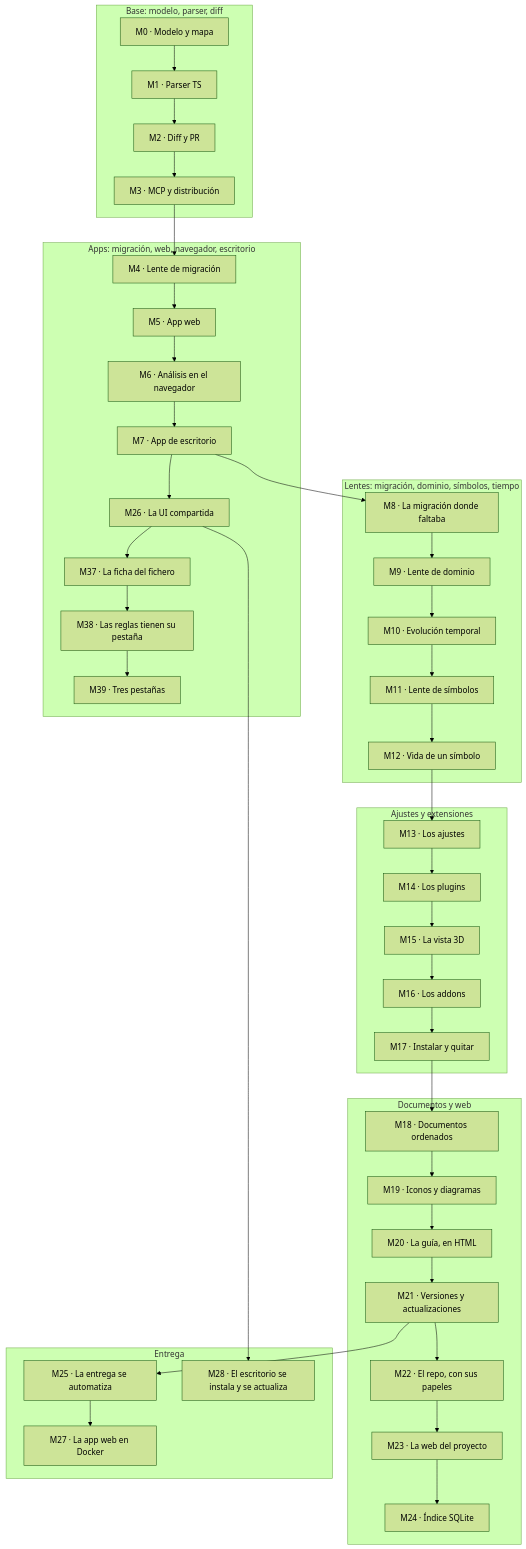
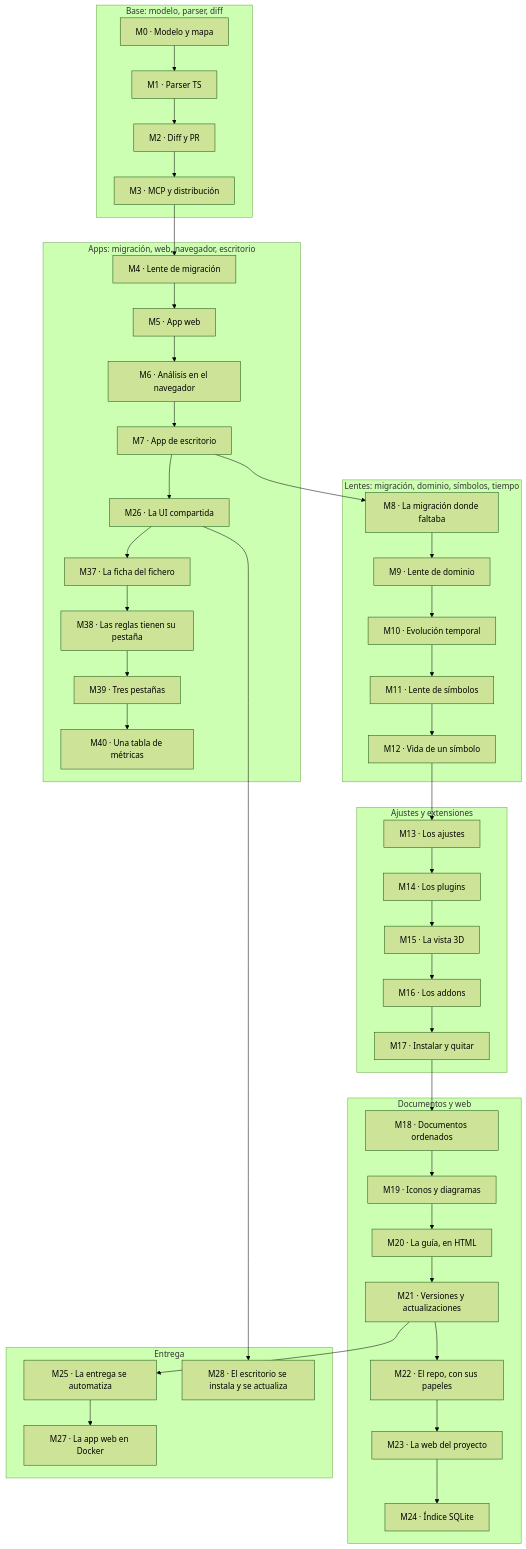
The diagram in apps/site/docs/adr/roadmap.md (jaminsmoke/codarch), drawn with Mermaid (forest theme) before and after one commit. The commit also changed other lines of this file and 4 other files, not shown here.

````diff
--- a/apps/site/docs/adr/roadmap.md
+++ b/apps/site/docs/adr/roadmap.md
@@ -38,47 +38,48 @@
 ```mermaid
 flowchart TD
   subgraph base["Base: modelo, parser, diff"]
     M0["M0 · Modelo y mapa"] --> M1["M1 · Parser TS"]
     M1 --> M2["M2 · Diff y PR"]
     M2 --> M3["M3 · MCP y distribución"]
   end
   subgraph apps["Apps: migración, web, navegador, escritorio"]
     M4["M4 · Lente de migración"] --> M5["M5 · App web"]
     M5 --> M6["M6 · Análisis en el navegador"]
     M6 --> M7["M7 · App de escritorio"]
     M7 --> M26["M26 · La UI compartida"]
     M26 --> M37["M37 · La ficha del fichero"]
     M37 --> M38["M38 · Las reglas tienen su pestaña"]
     M38 --> M39["M39 · Tres pestañas"]
+    M39 --> M40["M40 · Una tabla de métricas"]
   end
   subgraph lentes["Lentes: migración, dominio, símbolos, tiempo"]
     M8["M8 · La migración donde faltaba"] --> M9["M9 · Lente de dominio"]
     M9 --> M10["M10 · Evolución temporal"]
     M10 --> M11["M11 · Lente de símbolos"]
     M11 --> M12["M12 · Vida de un símbolo"]
   end
   subgraph ext["Ajustes y extensiones"]
     M13["M13 · Los ajustes"] --> M14["M14 · Los plugins"]
     M14 --> M15["M15 · La vista 3D"]
     M15 --> M16["M16 · Los addons"]
     M16 --> M17["M17 · Instalar y quitar"]
   end
   subgraph docs["Documentos y web"]
     M18["M18 · Documentos ordenados"] --> M19["M19 · Iconos y diagramas"]
     M19 --> M20["M20 · La guía, en HTML"]
     M20 --> M21["M21 · Versiones y actualizaciones"]
     M21 --> M22["M22 · El repo, con sus papeles"]
     M22 --> M23["M23 · La web del proyecto"]
     M23 --> M24["M24 · Índice SQLite"]
   end
   subgraph delivery["Entrega"]
     M25["M25 · La entrega se automatiza"]
     M25 --> M27["M27 · La app web en Docker"]
     M26 --> M28["M28 · El escritorio se instala y se actualiza"]
   end
   M3 --> M4
   M7 --> M8
   M12 --> M13
   M17 --> M18
   M21 --> M25
 ```
````
